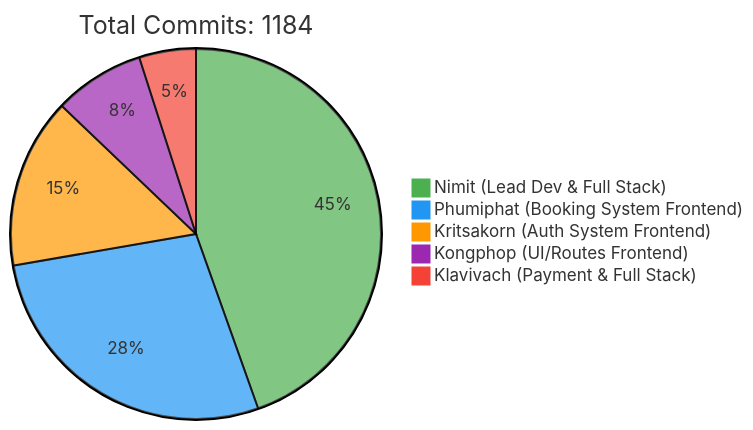
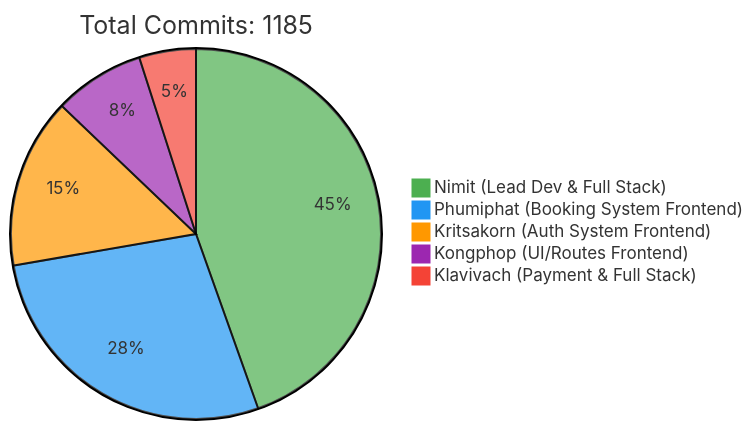
The first of 2 diagrams in README.md (6531503042/Sport-Complex), drawn with Mermaid before and after one commit. The commit also changed other lines of this file, not shown here.

Commit message:
docs: Update contributor statistics [skip ci]

````diff
--- a/README.md
+++ b/README.md
@@ -257,10 +257,10 @@
 ```mermaid
 %%{init: {'theme': 'base', 'themeVariables': { 'pie1': '#4CAF50', 'pie2': '#2196F3', 'pie3': '#FF9800', 'pie4': '#9C27B0', 'pie5': '#F44336'}}}%%
 pie
-    title Total Commits: 1184
+    title Total Commits: 1185
     "Nimit (Lead Dev & Full Stack)" : 450
     "Phumiphat (Booking System Frontend)" : 280
     "Kritsakorn (Auth System Frontend)" : 150
     "Kongphop (UI/Routes Frontend)" : 80
     "Klavivach (Payment & Full Stack)" : 50
 ```
````
